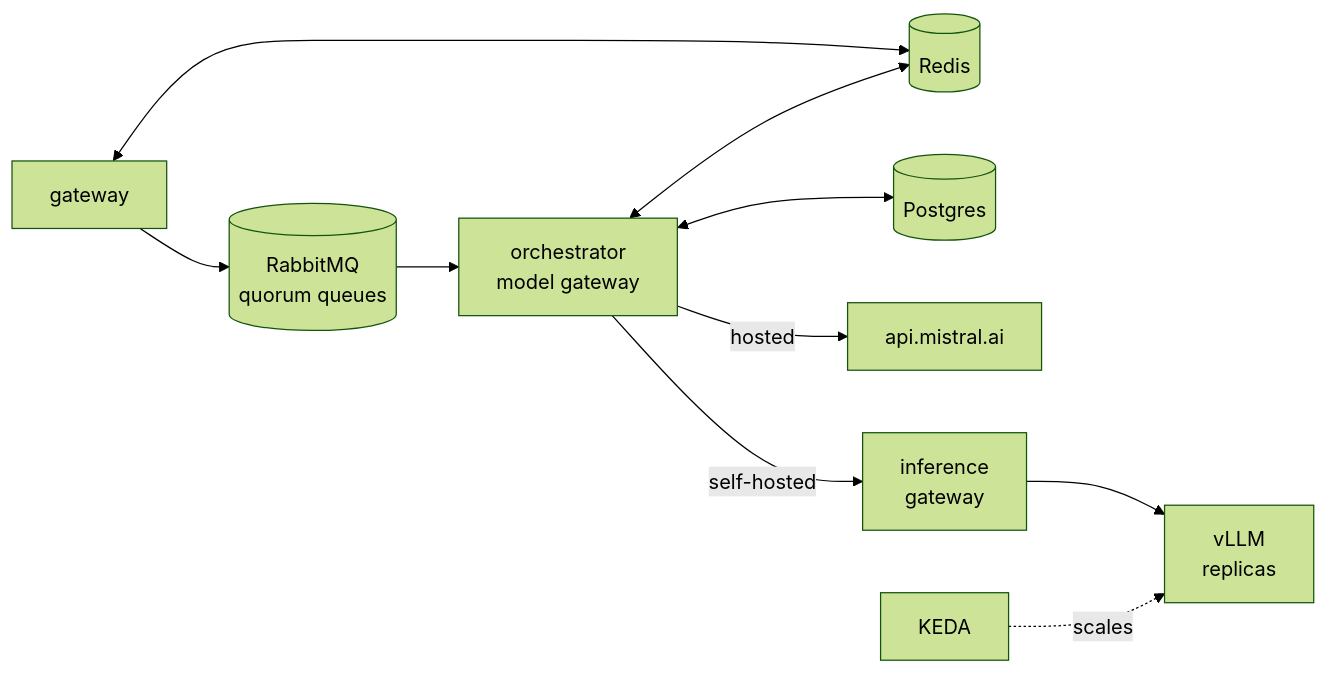
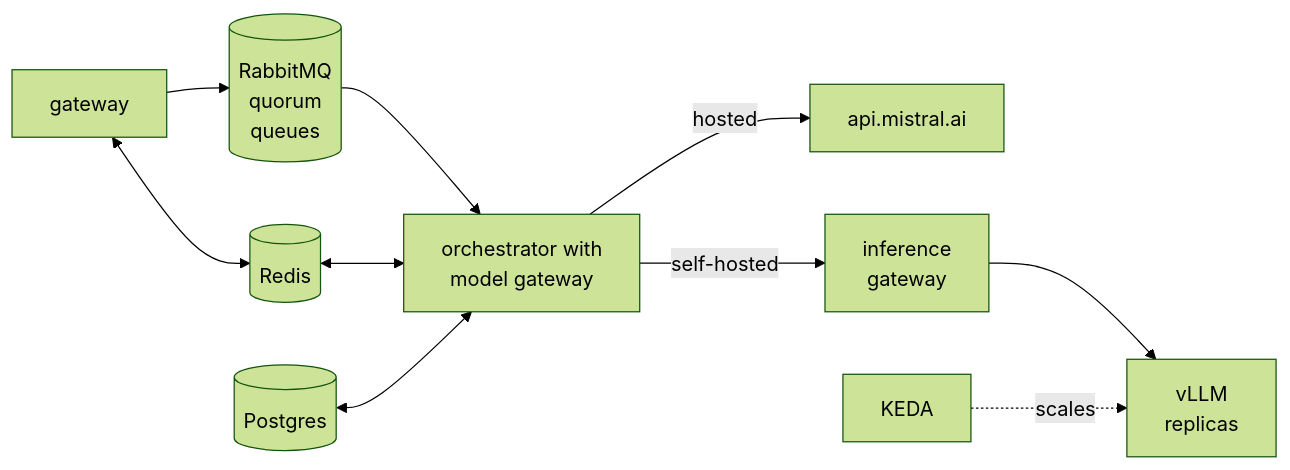
Before and after one commit to aniryou/full-stack-agentic-engineer: the diagram in 06-gateway/scaling-admission-cost/agentic-scaling-lab/docs/02-reference-architecture.md, drawn with Mermaid (forest theme). The commit also changed other lines of this file and 211 other files, not shown here.

````diff
--- a/06-gateway/scaling-admission-cost/agentic-scaling-lab/docs/02-reference-architecture.md
+++ b/06-gateway/scaling-admission-cost/agentic-scaling-lab/docs/02-reference-architecture.md
@@ -309,11 +309,11 @@
 ```mermaid
 flowchart LR
-  GW[gateway] --> Q[("RabbitMQ<br/>quorum queues")] --> OR["orchestrator<br/>model gateway"]
+  GW[gateway] --> Q[("RabbitMQ<br/>quorum<br/>queues")] --> OR["orchestrator with<br/>model gateway"]
   GW <--> RD[(Redis)]
-  OR <--> RD
-  OR <--> PG[(Postgres)]
+  RD <--> OR
+  PG[(Postgres)] <--> OR
   OR -->|hosted| API[api.mistral.ai]
   OR -->|self-hosted| IG["inference<br/>gateway"]
   IG --> V["vLLM<br/>replicas"]
   K[KEDA] -.->|scales| V
 ```
````
